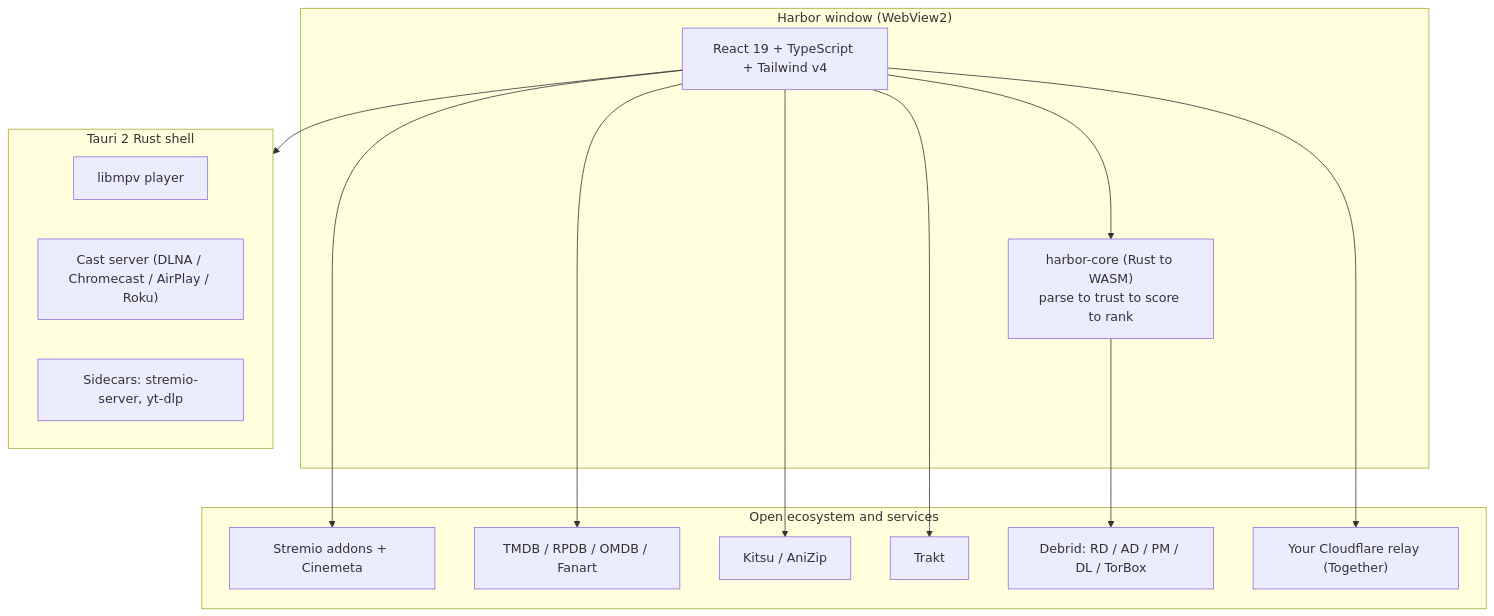
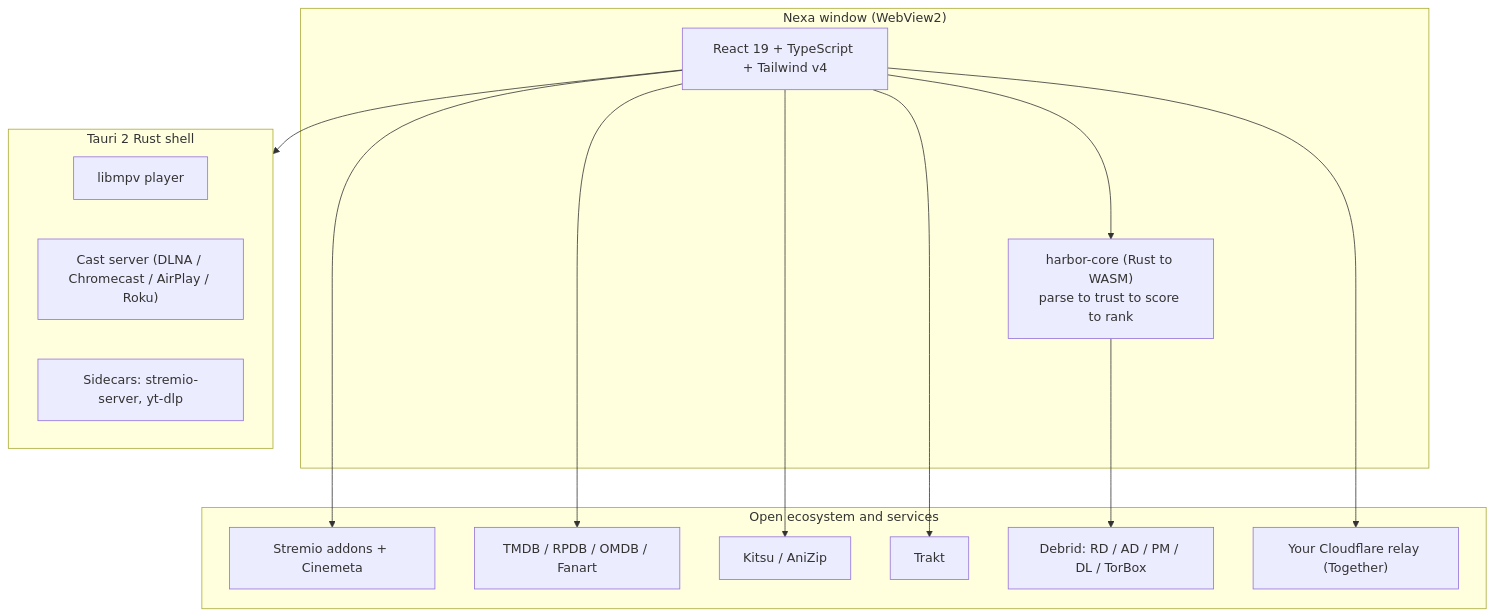
Before and after one commit to ZdravkoIvanovBG/Nexa: the diagram in README.md, drawn with Mermaid. The commit also changed other lines of this file and 186 other files, not shown here.

Commit message:
feat: rebrand Harbor to Nexa

````diff
--- a/README.md
+++ b/README.md
@@ -476,31 +476,31 @@
 ```mermaid
 flowchart TD
-  subgraph Window["Harbor window (WebView2)"]
+  subgraph Window["Nexa window (WebView2)"]
     UI["React 19 + TypeScript + Tailwind v4"]
     Core["harbor-core (Rust to WASM)<br/>parse to trust to score to rank"]
     UI --> Core
   end
 
   subgraph Shell["Tauri 2 Rust shell"]
     Player["libmpv player"]
     Cast["Cast server (DLNA / Chromecast / AirPlay / Roku)"]
     Sidecars["Sidecars: stremio-server, yt-dlp"]
   end
 
   subgraph Net["Open ecosystem and services"]
     Stremio["Stremio addons + Cinemeta"]
     Meta["TMDB / RPDB / OMDB / Fanart"]
     Anime["Kitsu / AniZip"]
     Trakt["Trakt"]
     Debrid["Debrid: RD / AD / PM / DL / TorBox"]
     Relay["Your Cloudflare relay (Together)"]
   end
 
   UI --> Shell
   UI --> Stremio
   UI --> Meta
   UI --> Anime
   UI --> Trakt
   Core --> Debrid
   UI --> Relay
 ```
````
